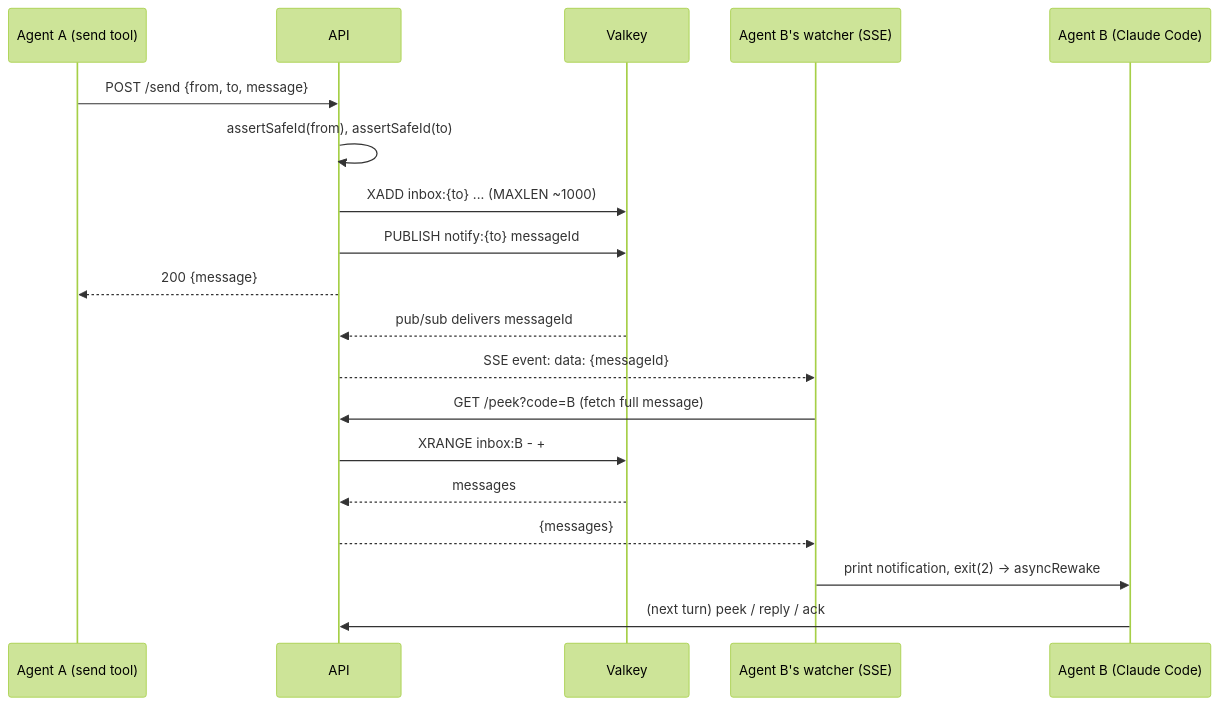
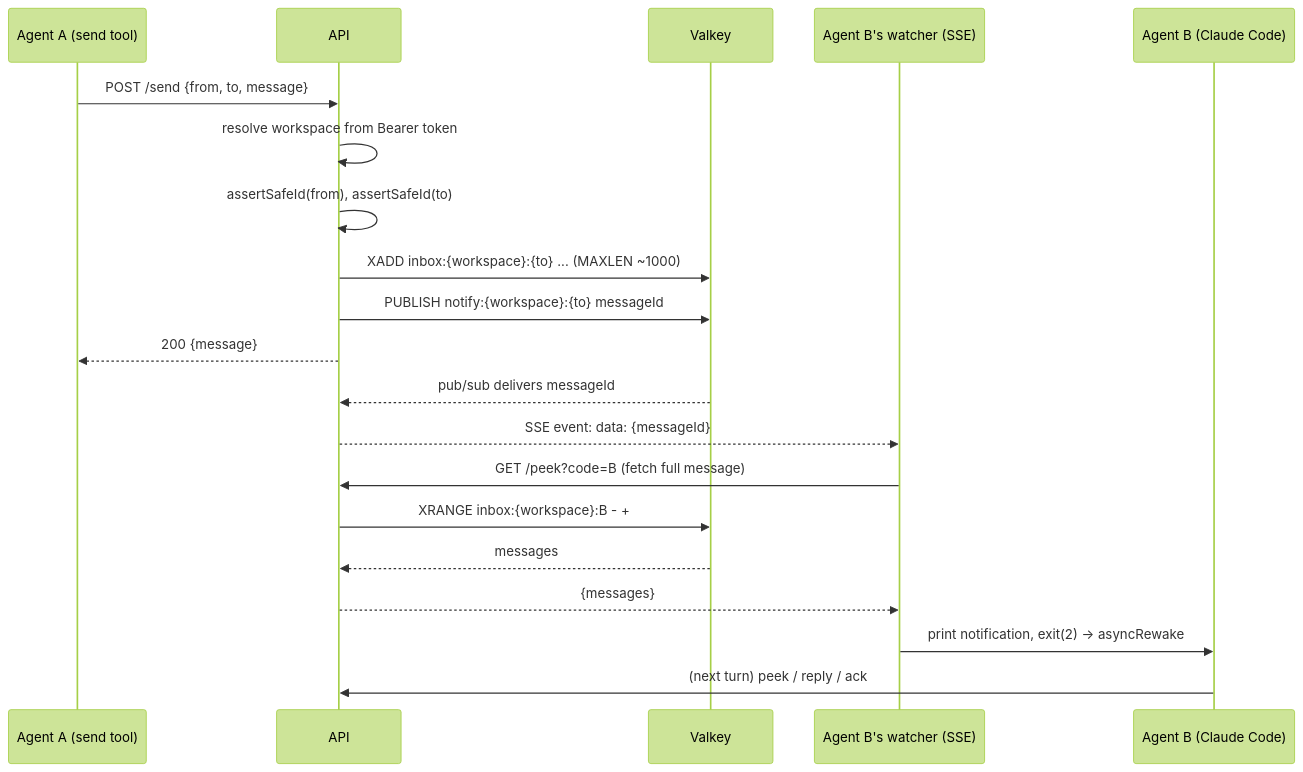
Before and after one commit to stephsalou/claude-intercom: the second of 4 diagrams in docs/architecture.md, drawn with Mermaid (forest theme). The commit also changed other lines of this file and 12 other files, not shown here.

First line of the commit message:
Epic 6: per-workspace tokens replacing the shared API_TOKENS list

````diff
--- a/docs/architecture.md
+++ b/docs/architecture.md
@@ -53,23 +53,24 @@
 ```mermaid
 sequenceDiagram
     participant AgentA as Agent A (send tool)
     participant API
     participant Valkey
     participant WatcherB as Agent B's watcher (SSE)
     participant AgentB as Agent B (Claude Code)
 
     AgentA->>API: POST /send {from, to, message}
+    API->>API: resolve workspace from Bearer token
     API->>API: assertSafeId(from), assertSafeId(to)
-    API->>Valkey: XADD inbox:{to} ... (MAXLEN ~1000)
-    API->>Valkey: PUBLISH notify:{to} messageId
+    API->>Valkey: XADD inbox:{workspace}:{to} ... (MAXLEN ~1000)
+    API->>Valkey: PUBLISH notify:{workspace}:{to} messageId
     API-->>AgentA: 200 {message}
 
     Valkey-->>API: pub/sub delivers messageId
     API-->>WatcherB: SSE event: data: {messageId}
     WatcherB->>API: GET /peek?code=B (fetch full message)
-    API->>Valkey: XRANGE inbox:B - +
+    API->>Valkey: XRANGE inbox:{workspace}:B - +
     Valkey-->>API: messages
     API-->>WatcherB: {messages}
     WatcherB->>AgentB: print notification, exit(2) -> asyncRewake
     AgentB->>API: (next turn) peek / reply / ack
 ```
````
